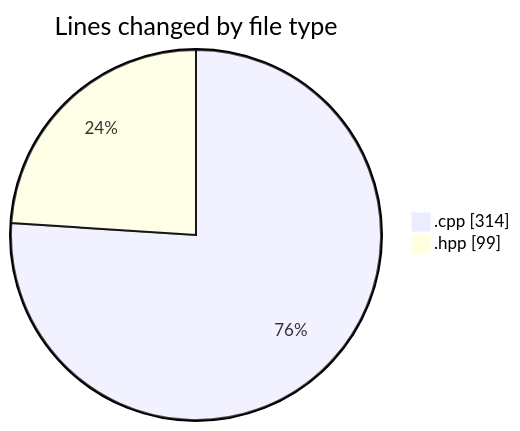
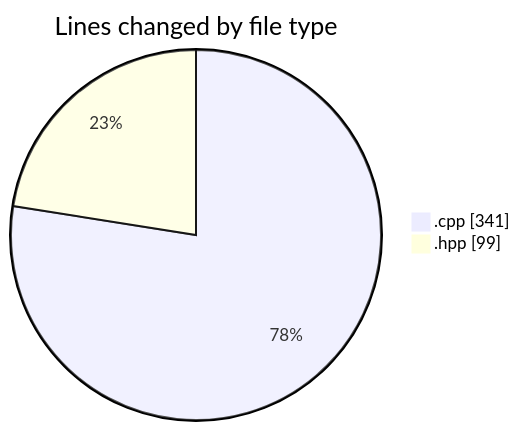
The first of 2 diagrams in 2025-04-24/echo/README.md (Netris89/code-tracking), drawn with Mermaid before and after one commit. The commit also changed other lines of this file and 1 other file, not shown here.

````diff
--- a/2025-04-24/echo/README.md
+++ b/2025-04-24/echo/README.md
@@ -21,6 +21,6 @@
 ```mermaid
 pie showData
 title Lines changed by file type
-".cpp" : 314
+".cpp" : 341
 ".hpp" : 99
 ```
````
